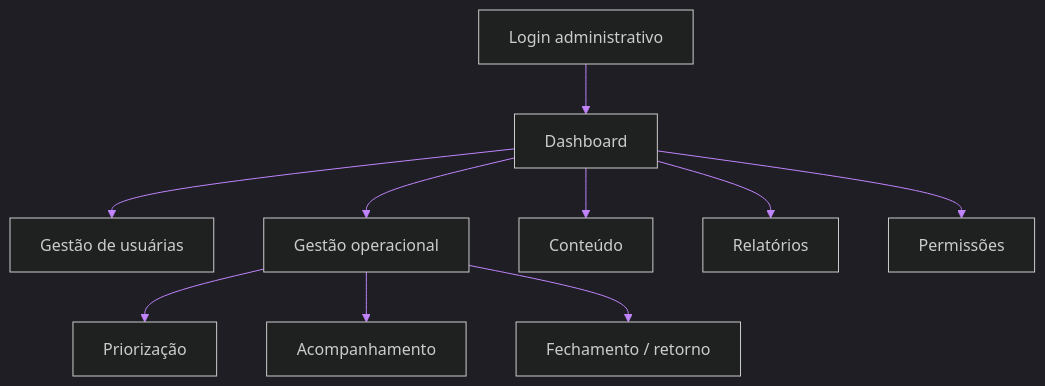
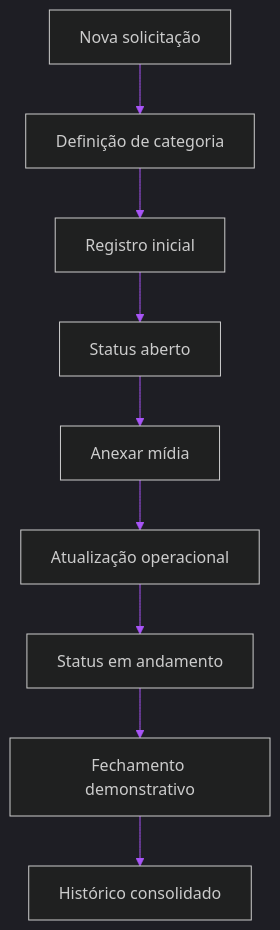
One commit to NickDevHolz/Terra-Conecta changed the seventh of 11 diagrams in Terra Conecta — Proposta Institucional, Comercial e Técnica.md. Above: the diagram before and after it, drawn with Mermaid. The commit also changed other lines of this file, not shown here.

````diff
--- a/Terra Conecta — Proposta Institucional, Comercial e Técnica.md
+++ b/Terra Conecta — Proposta Institucional, Comercial e Técnica.md
@@ -574,23 +499,22 @@
 ```mermaid
 %%{init: {
 'theme':'dark',
 'themeVariables':{
 'background':'#020617',
-'primaryColor':'#06b6d4',
+'primaryColor':'#0ea5e9',
 'primaryTextColor':'#f8fafc',
 'primaryBorderColor':'#22c55e',
-'lineColor':'#c084fc',
+'lineColor':'#a855f7',
 'secondaryColor':'#0f172a',
 'tertiaryColor':'#111827'
 }}}%%
 flowchart TB
-A[Login administrativo] --> B[Dashboard]
-B --> C[Gestão de usuárias]
-B --> D[Gestão operacional]
-B --> E[Conteúdo]
-B --> F[Relatórios]
-B --> G[Permissões]
-D --> H[Priorização]
-D --> I[Acompanhamento]
-D --> J[Fechamento / retorno]
+A[Nova solicitação] --> B[Definição de categoria]
+B --> C[Registro inicial]
+C --> D[Status aberto]
+D --> E[Anexar mídia]
+E --> F[Atualização operacional]
+F --> G[Status em andamento]
+G --> H[Fechamento demonstrativo]
+H --> I[Histórico consolidado]
 ```
````
